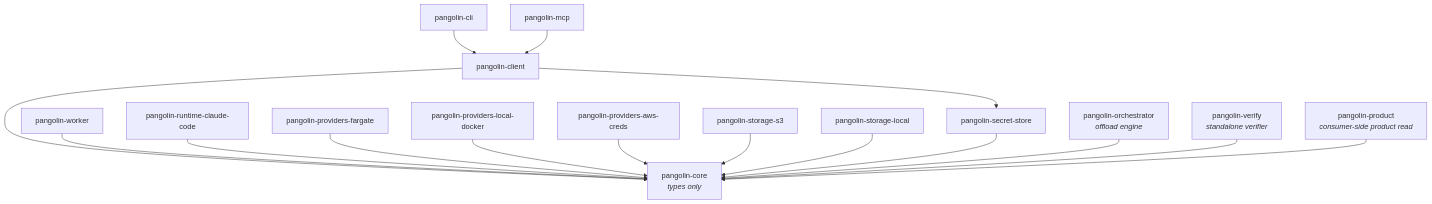
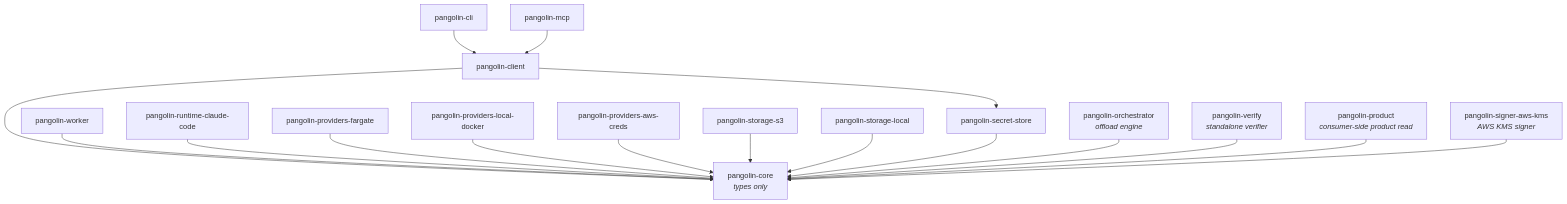
One commit to QuarrySystems/pangolin changed the diagram in docs-site/src/content/docs/reference/package-map.md. Above: the diagram before and after it, drawn with Mermaid. The commit also changed other lines of this file and 1 other file, not shown here.

Commit message:
fix(docs): add missing pangolin-signer-aws-kms to package-map + strengthen drift guard

````diff
--- a/docs-site/src/content/docs/reference/package-map.md
+++ b/docs-site/src/content/docs/reference/package-map.md
@@ -44,34 +45,36 @@
 ```mermaid
 graph TD
   core[pangolin-core<br/><i>types only</i>]
   client[pangolin-client]
   cli[pangolin-cli]
   mcp[pangolin-mcp]
   worker[pangolin-worker]
   runtime[pangolin-runtime-claude-code]
   pfargate[pangolin-providers-fargate]
   plocal[pangolin-providers-local-docker]
   pawscreds[pangolin-providers-aws-creds]
   ss3[pangolin-storage-s3]
   slocal[pangolin-storage-local]
   secretstore[pangolin-secret-store]
   orch[pangolin-orchestrator<br/><i>offload engine</i>]
   verify[pangolin-verify<br/><i>standalone verifier</i>]
   product[pangolin-product<br/><i>consumer-side product read</i>]
+  signerkms[pangolin-signer-aws-kms<br/><i>AWS KMS signer</i>]
 
   client --> core
   client --> secretstore
   cli --> client
   mcp --> client
   worker --> core
   runtime --> core
   pfargate --> core
   plocal --> core
   pawscreds --> core
   ss3 --> core
   slocal --> core
   secretstore --> core
   orch --> core
   verify --> core
   product --> core
+  signerkms --> core
 ```
````
